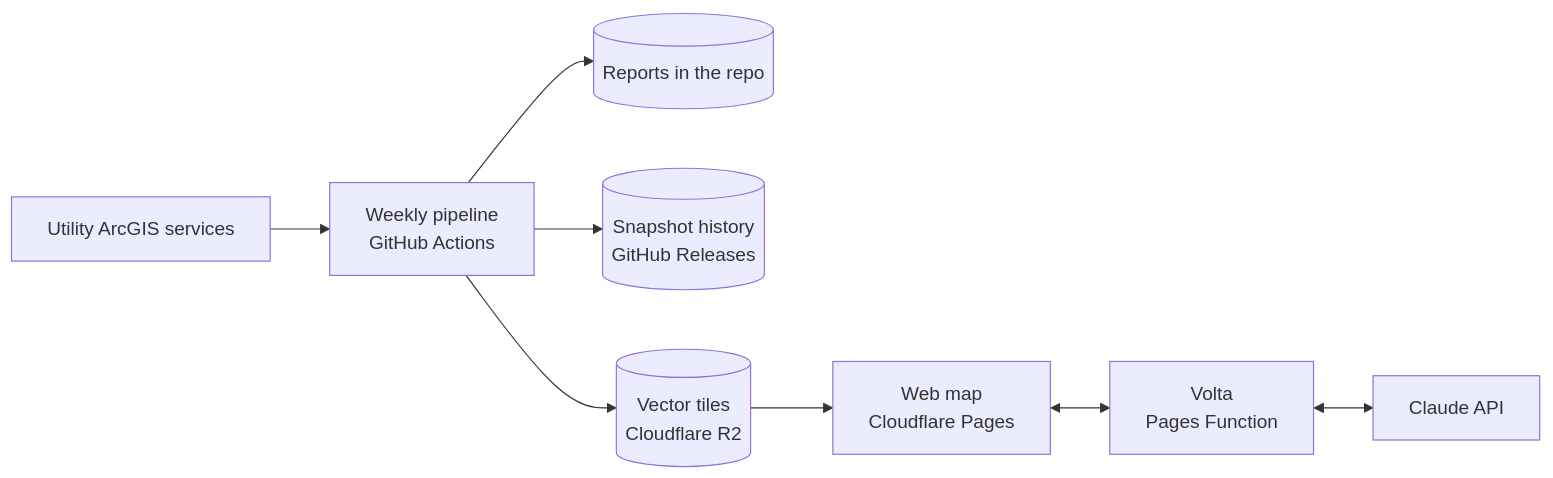
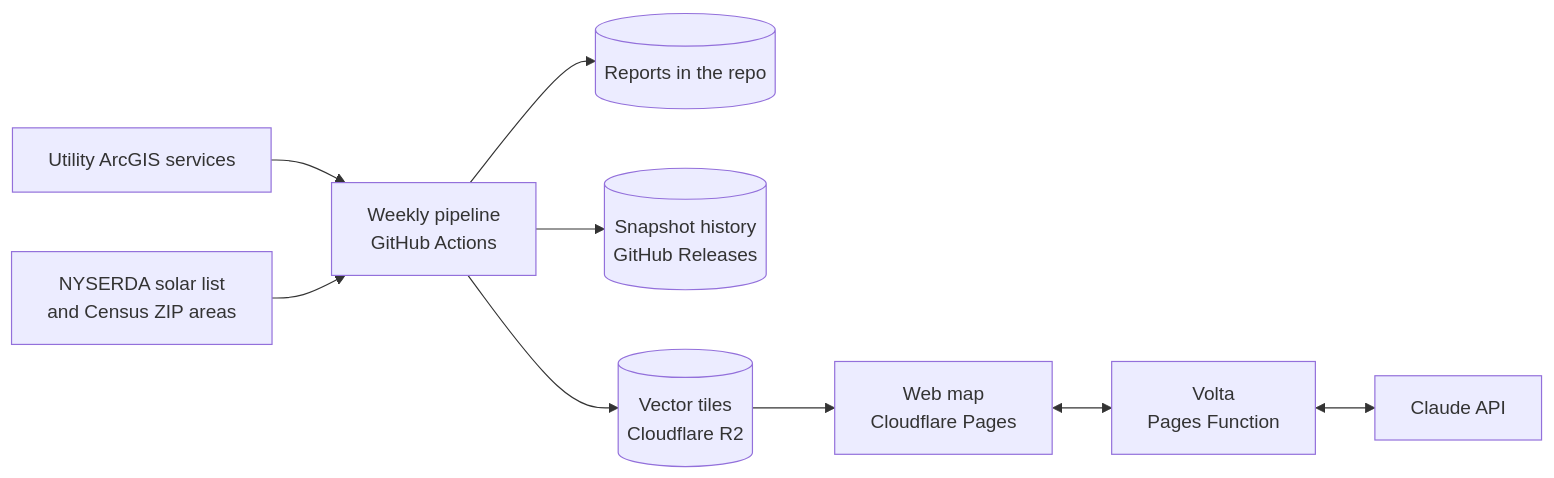
One commit to SRINIVASRAVIKANTH/capacity-atlas changed the diagram in README.md. Above: the diagram before and after it, drawn with Mermaid. The commit also changed other lines of this file and 26 other files, not shown here.

Commit message:
Built so far: solar already connected, by ZIP code and on each feeder's card

````diff
--- a/README.md
+++ b/README.md
@@ -135,10 +145,11 @@
 ```mermaid
 flowchart LR
     U[Utility ArcGIS services] --> P[Weekly pipeline<br>GitHub Actions]
+    N[NYSERDA solar list<br>and Census ZIP areas] --> P
     P --> R[(Reports in the repo)]
     P --> H[(Snapshot history<br>GitHub Releases)]
     P --> T[(Vector tiles<br>Cloudflare R2)]
     T --> M[Web map<br>Cloudflare Pages]
     M <--> V[Volta<br>Pages Function]
     V <--> C[Claude API]
 ```
````
